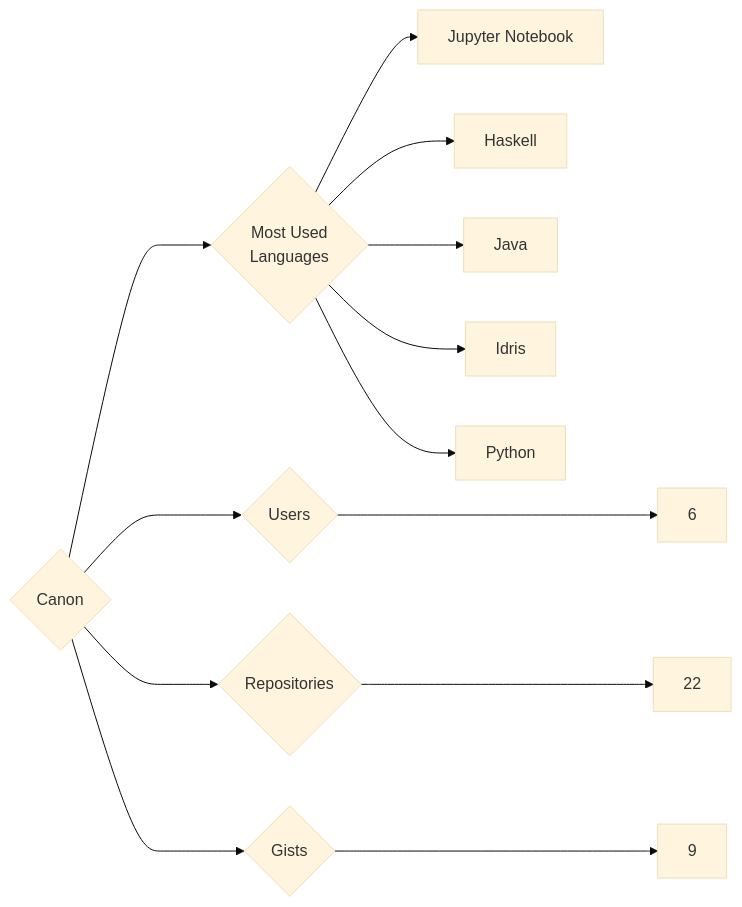
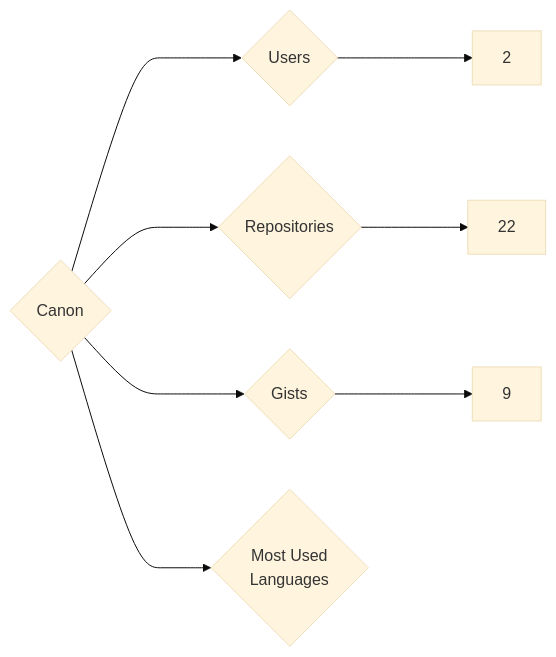
Before and after one commit to trickest/insiders: the diagram in targets/Canon/README.md, drawn with Mermaid (base theme). The commit also changed 865 other files, not shown here.

````diff
--- a/targets/Canon/README.md
+++ b/targets/Canon/README.md
@@ -3,13 +3,8 @@
 ```mermaid
 graph LR
 COMPANY_NAME{Canon}
-COMPANY_NAME ---> U{Users} ---> UN[6]
+COMPANY_NAME ---> U{Users} ---> UN[2]
 COMPANY_NAME ---> R{Repositories} ---> RN[22]
 COMPANY_NAME ---> G{Gists} ---> GN[9]
 COMPANY_NAME ---> ML{Most Used<br>Languages}
-ML --> Jupyter_Notebook[Jupyter Notebook]
-ML --> Haskell[Haskell]
-ML --> Java[Java]
-ML --> Idris[Idris]
-ML --> Python[Python]
 ```
````
